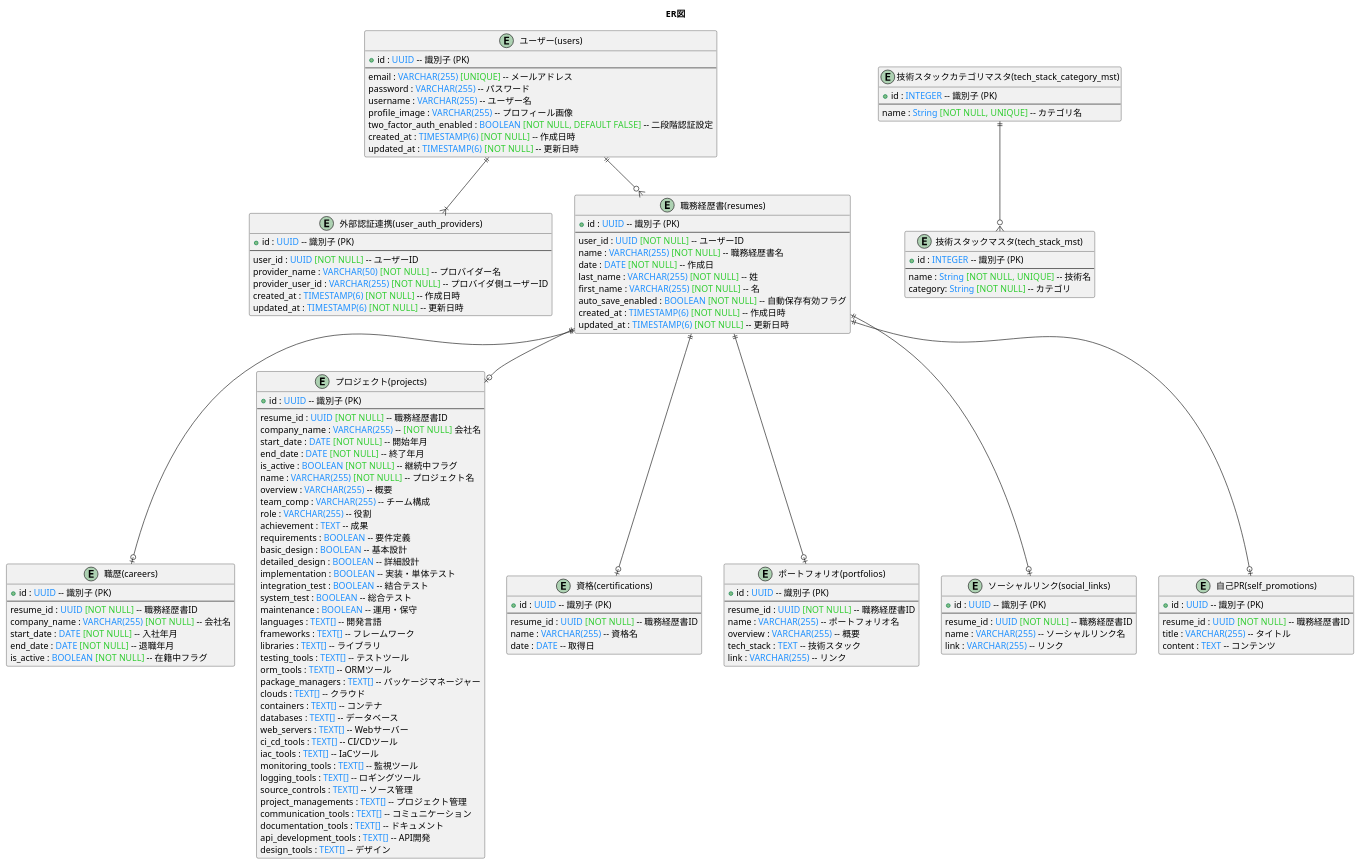
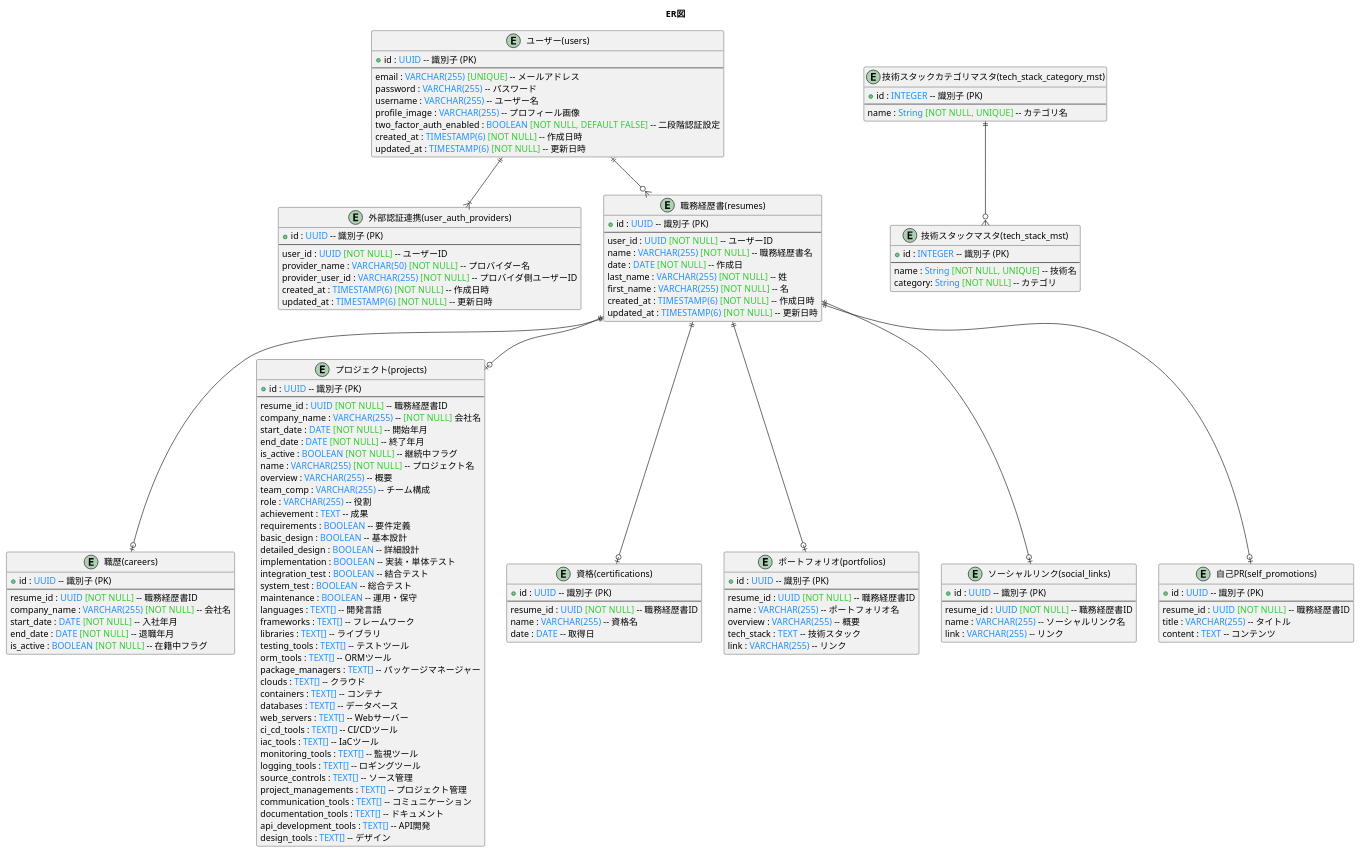
Before and after one commit to DogisRiki/KeirekiPro: the diagram in doc/DB設計/ER図.pu, drawn with PlantUML. The commit also changed 10 other files, not shown here.

```diff
--- a/doc/DB設計/ER図.pu
+++ b/doc/DB設計/ER図.pu
@@ -1,154 +1,153 @@
 @startuml ER図
 
 title ER図
 
 entity "ユーザー(users)" as users {
     + id : <color:#1E90FF>UUID</color> -- 識別子 (PK)
     --
     email : <color:#1E90FF>VARCHAR(255)</color> <color:#32CD32>[UNIQUE]</color> -- メールアドレス
     password : <color:#1E90FF>VARCHAR(255)</color> -- パスワード
     username : <color:#1E90FF>VARCHAR(255)</color> -- ユーザー名
     profile_image : <color:#1E90FF>VARCHAR(255)</color> -- プロフィール画像
     two_factor_auth_enabled : <color:#1E90FF>BOOLEAN</color> <color:#32CD32>[NOT NULL, DEFAULT FALSE]</color> -- 二段階認証設定
     created_at : <color:#1E90FF>TIMESTAMP(6)</color> <color:#32CD32>[NOT NULL]</color> -- 作成日時
     updated_at : <color:#1E90FF>TIMESTAMP(6)</color> <color:#32CD32>[NOT NULL]</color> -- 更新日時
 }
 
 entity "外部認証連携(user_auth_providers)" as UserAuthProviders {
     + id : <color:#1E90FF>UUID</color> -- 識別子 (PK)
     --
     user_id : <color:#1E90FF>UUID</color> <color:#32CD32>[NOT NULL]</color> -- ユーザーID
     provider_name : <color:#1E90FF>VARCHAR(50)</color> <color:#32CD32>[NOT NULL]</color> -- プロバイダー名
     provider_user_id : <color:#1E90FF>VARCHAR(255)</color> <color:#32CD32>[NOT NULL]</color> -- プロバイダ側ユーザーID
     created_at : <color:#1E90FF>TIMESTAMP(6)</color> <color:#32CD32>[NOT NULL]</color> -- 作成日時
     updated_at : <color:#1E90FF>TIMESTAMP(6)</color> <color:#32CD32>[NOT NULL]</color> -- 更新日時
 }
 
 entity "職務経歴書(resumes)" as Resumes {
     + id : <color:#1E90FF>UUID</color> -- 識別子 (PK)
     --
     user_id : <color:#1E90FF>UUID</color> <color:#32CD32>[NOT NULL]</color> -- ユーザーID
     name : <color:#1E90FF>VARCHAR(255)</color> <color:#32CD32>[NOT NULL]</color> -- 職務経歴書名
     date : <color:#1E90FF>DATE</color> <color:#32CD32>[NOT NULL]</color> -- 作成日
     last_name : <color:#1E90FF>VARCHAR(255)</color> <color:#32CD32>[NOT NULL]</color> -- 姓
     first_name : <color:#1E90FF>VARCHAR(255)</color> <color:#32CD32>[NOT NULL]</color> -- 名
-    auto_save_enabled : <color:#1E90FF>BOOLEAN</color> <color:#32CD32>[NOT NULL]</color> -- 自動保存有効フラグ
     created_at : <color:#1E90FF>TIMESTAMP(6)</color> <color:#32CD32>[NOT NULL]</color> -- 作成日時
     updated_at : <color:#1E90FF>TIMESTAMP(6)</color> <color:#32CD32>[NOT NULL]</color> -- 更新日時
 }
 
 entity "職歴(careers)" as Careers {
     + id : <color:#1E90FF>UUID</color> -- 識別子 (PK)
     --
     resume_id : <color:#1E90FF>UUID</color> <color:#32CD32>[NOT NULL]</color> -- 職務経歴書ID
     company_name : <color:#1E90FF>VARCHAR(255)</color> <color:#32CD32>[NOT NULL]</color> -- 会社名
     start_date : <color:#1E90FF>DATE</color> <color:#32CD32>[NOT NULL]</color> -- 入社年月
     end_date : <color:#1E90FF>DATE</color> <color:#32CD32>[NOT NULL]</color> -- 退職年月
     is_active : <color:#1E90FF>BOOLEAN</color> <color:#32CD32>[NOT NULL]</color> -- 在籍中フラグ
 }
 
 entity "プロジェクト(projects)" as Projects {
     + id : <color:#1E90FF>UUID</color> -- 識別子 (PK)
     --
     resume_id : <color:#1E90FF>UUID</color> <color:#32CD32>[NOT NULL]</color> -- 職務経歴書ID
     company_name : <color:#1E90FF>VARCHAR(255)</color> -- <color:#32CD32>[NOT NULL]</color> 会社名
     start_date : <color:#1E90FF>DATE</color> <color:#32CD32>[NOT NULL]</color> -- 開始年月
     end_date : <color:#1E90FF>DATE</color> <color:#32CD32>[NOT NULL]</color> -- 終了年月
     is_active : <color:#1E90FF>BOOLEAN</color> <color:#32CD32>[NOT NULL]</color> -- 継続中フラグ
     name : <color:#1E90FF>VARCHAR(255)</color> <color:#32CD32>[NOT NULL]</color> -- プロジェクト名
     overview : <color:#1E90FF>VARCHAR(255)</color> -- 概要
     team_comp : <color:#1E90FF>VARCHAR(255)</color> -- チーム構成
     role : <color:#1E90FF>VARCHAR(255)</color> -- 役割
     achievement : <color:#1E90FF>TEXT</color> -- 成果
     requirements : <color:#1E90FF>BOOLEAN</color> -- 要件定義
     basic_design : <color:#1E90FF>BOOLEAN</color> -- 基本設計
     detailed_design : <color:#1E90FF>BOOLEAN</color> -- 詳細設計
     implementation : <color:#1E90FF>BOOLEAN</color> -- 実装・単体テスト
     integration_test : <color:#1E90FF>BOOLEAN</color> -- 結合テスト
     system_test : <color:#1E90FF>BOOLEAN</color> -- 総合テスト
     maintenance : <color:#1E90FF>BOOLEAN</color> -- 運用・保守
     languages : <color:#1E90FF>TEXT[]</color> -- 開発言語
     frameworks : <color:#1E90FF>TEXT[]</color> -- フレームワーク
     libraries : <color:#1E90FF>TEXT[]</color> -- ライブラリ
     testing_tools : <color:#1E90FF>TEXT[]</color> -- テストツール
     orm_tools : <color:#1E90FF>TEXT[]</color> -- ORMツール
     package_managers : <color:#1E90FF>TEXT[]</color> -- パッケージマネージャー
     clouds : <color:#1E90FF>TEXT[]</color> -- クラウド
     containers : <color:#1E90FF>TEXT[]</color> -- コンテナ
     databases : <color:#1E90FF>TEXT[]</color> -- データベース
     web_servers : <color:#1E90FF>TEXT[]</color> -- Webサーバー
     ci_cd_tools : <color:#1E90FF>TEXT[]</color> -- CI/CDツール
     iac_tools : <color:#1E90FF>TEXT[]</color> -- IaCツール
     monitoring_tools : <color:#1E90FF>TEXT[]</color> -- 監視ツール
     logging_tools : <color:#1E90FF>TEXT[]</color> -- ロギングツール
     source_controls : <color:#1E90FF>TEXT[]</color> -- ソース管理
     project_managements : <color:#1E90FF>TEXT[]</color> -- プロジェクト管理
     communication_tools : <color:#1E90FF>TEXT[]</color> -- コミュニケーション
     documentation_tools : <color:#1E90FF>TEXT[]</color> -- ドキュメント
     api_development_tools : <color:#1E90FF>TEXT[]</color> -- API開発
     design_tools : <color:#1E90FF>TEXT[]</color> -- デザイン
 }
 
 entity "資格(certifications)" as Certifications {
     + id : <color:#1E90FF>UUID</color> -- 識別子 (PK)
     --
     resume_id : <color:#1E90FF>UUID</color> <color:#32CD32>[NOT NULL]</color> -- 職務経歴書ID
     name : <color:#1E90FF>VARCHAR(255)</color> -- 資格名
     date : <color:#1E90FF>DATE</color> -- 取得日
 }
 
 entity "ポートフォリオ(portfolios)" as Portfolios {
     + id : <color:#1E90FF>UUID</color> -- 識別子 (PK)
     --
     resume_id : <color:#1E90FF>UUID</color> <color:#32CD32>[NOT NULL]</color> -- 職務経歴書ID
     name : <color:#1E90FF>VARCHAR(255)</color> -- ポートフォリオ名
     overview : <color:#1E90FF>VARCHAR(255)</color> -- 概要
     tech_stack : <color:#1E90FF>TEXT</color> -- 技術スタック
     link : <color:#1E90FF>VARCHAR(255)</color> -- リンク
 }
 
 entity "ソーシャルリンク(social_links)" as SocialLinks {
     + id : <color:#1E90FF>UUID</color> -- 識別子 (PK)
     --
     resume_id : <color:#1E90FF>UUID</color> <color:#32CD32>[NOT NULL]</color> -- 職務経歴書ID
     name : <color:#1E90FF>VARCHAR(255)</color> -- ソーシャルリンク名
     link : <color:#1E90FF>VARCHAR(255)</color> -- リンク
 }
 
 entity "自己PR(self_promotions)" as SelfPromotions {
     + id : <color:#1E90FF>UUID</color> -- 識別子 (PK)
     --
     resume_id : <color:#1E90FF>UUID</color> <color:#32CD32>[NOT NULL]</color> -- 職務経歴書ID
     title : <color:#1E90FF>VARCHAR(255)</color> -- タイトル
     content : <color:#1E90FF>TEXT</color> -- コンテンツ
 }
 
 entity "技術スタックマスタ(tech_stack_mst)" as TechStackMst {
     + id : <color:#1E90FF>INTEGER</color> -- 識別子 (PK)
     --
     name : <color:#1E90FF>String</color> <color:#32CD32>[NOT NULL, UNIQUE]</color> -- 技術名
     category: <color:#1E90FF>String</color> <color:#32CD32>[NOT NULL]</color> -- カテゴリ
 }
 
 entity "技術スタックカテゴリマスタ(tech_stack_category_mst)" as TechStackCategoryMst {
     + id : <color:#1E90FF>INTEGER</color> -- 識別子 (PK)
     --
     name : <color:#1E90FF>String</color> <color:#32CD32>[NOT NULL, UNIQUE]</color> -- カテゴリ名
 }
 
 ' ----------------------
 ' リレーション定義
 ' ----------------------
 users ||--o{ Resumes
 users ||--|{ UserAuthProviders
 
 Resumes ||--o| Careers
 Resumes ||--o| Projects
 Resumes ||--o| Certifications
 Resumes ||--o| Portfolios
 Resumes ||--o| SocialLinks
 Resumes ||--o| SelfPromotions
 
 TechStackCategoryMst ||--o{ TechStackMst
 
 @enduml
```
